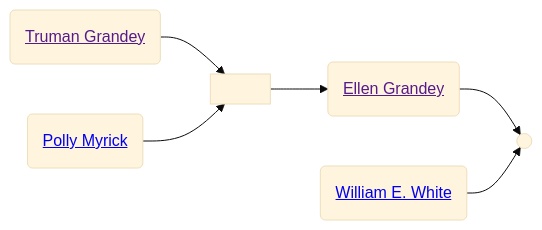
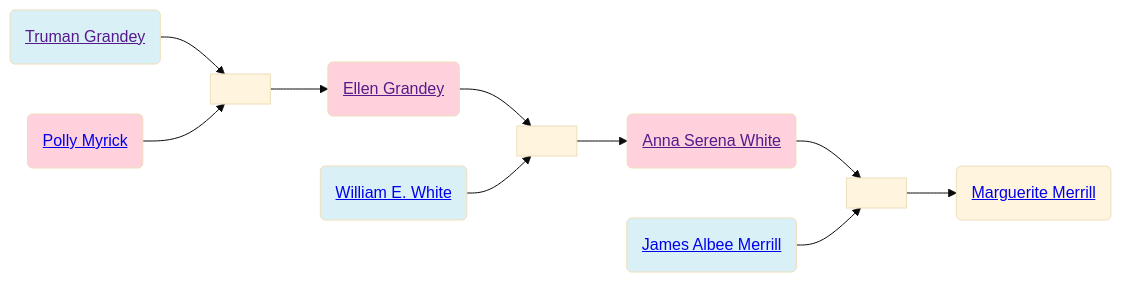
One commit to neelsmith/avocational changed the diagram in familyhistory/sources/people/Merrill-line/Grandey-line/Truman_Grandey.qmd. Above: the diagram before and after it, drawn with Mermaid (base theme). The commit also changed 91 other files, not shown here.

Commit message:
Rebuild descendant diagrams

````diff
--- a/familyhistory/sources/people/Merrill-line/Grandey-line/Truman_Grandey.qmd
+++ b/familyhistory/sources/people/Merrill-line/Grandey-line/Truman_Grandey.qmd
@@ -26,14 +26,26 @@
 ```{mermaid}
 graph LR
+%% LR descendant diagram
 class Truman_Grandey_and_Polly_Myrick marriage
 Truman_Grandey(<a href=''>Truman Grandey</>) --> Truman_Grandey_and_Polly_Myrick[ ]
 Polly_Myrick(<a href='./../White-line/Grandey/Polly_Myrick.html'>Polly Myrick</>) --> Truman_Grandey_and_Polly_Myrick(( ))
+class Truman_Grandey father
+class Polly_Myrick mother
 Truman_Grandey_and_Polly_Myrick[ ] --> Ellen_Grandey(<a href='./Ellen_Grandey.html'>Ellen Grandey</>)
 class Ellen_Grandey_and_William_E._White marriage
 Ellen_Grandey(<a href=''>Ellen Grandey</>) --> Ellen_Grandey_and_William_E._White[ ]
 William_E._White(<a href='./../White-line/William_E._White.html'>William E. White</>) --> Ellen_Grandey_and_William_E._White(( ))
+class William_E._White father
+class Ellen_Grandey mother
+Ellen_Grandey_and_William_E._White[ ] --> Anna_Serena_White(<a href='./../White-line/Anna_Serena_White.html'>Anna Serena White</>)
+class Anna_Serena_White_and_James_Albee_Merrill marriage
+Anna_Serena_White(<a href=''>Anna Serena White</>) --> Anna_Serena_White_and_James_Albee_Merrill[ ]
+James_Albee_Merrill(<a href='./../James_Albee_Merrill.html'>James Albee Merrill</>) --> Anna_Serena_White_and_James_Albee_Merrill(( ))
+class James_Albee_Merrill father
+class Anna_Serena_White mother
+Anna_Serena_White_and_James_Albee_Merrill[ ] --> Marguerite_Merrill(<a href='./../Marguerite_Merrill.html'>Marguerite Merrill</>)
 classDef mother fill:#ffd1dc
 classDef father fill:#daf0f7  
 classDef marriage fill:#ffffff
 
 ```
````
